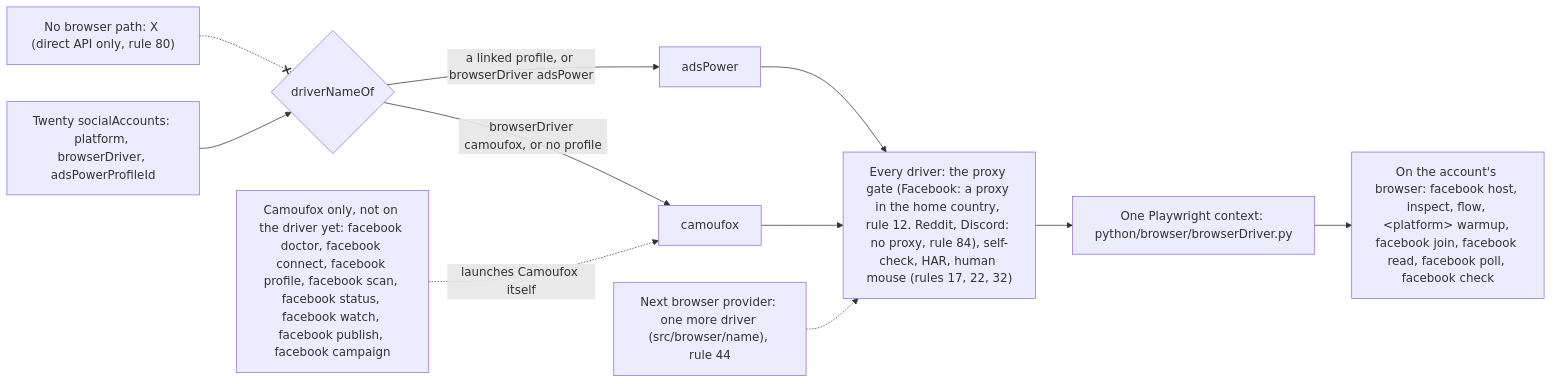
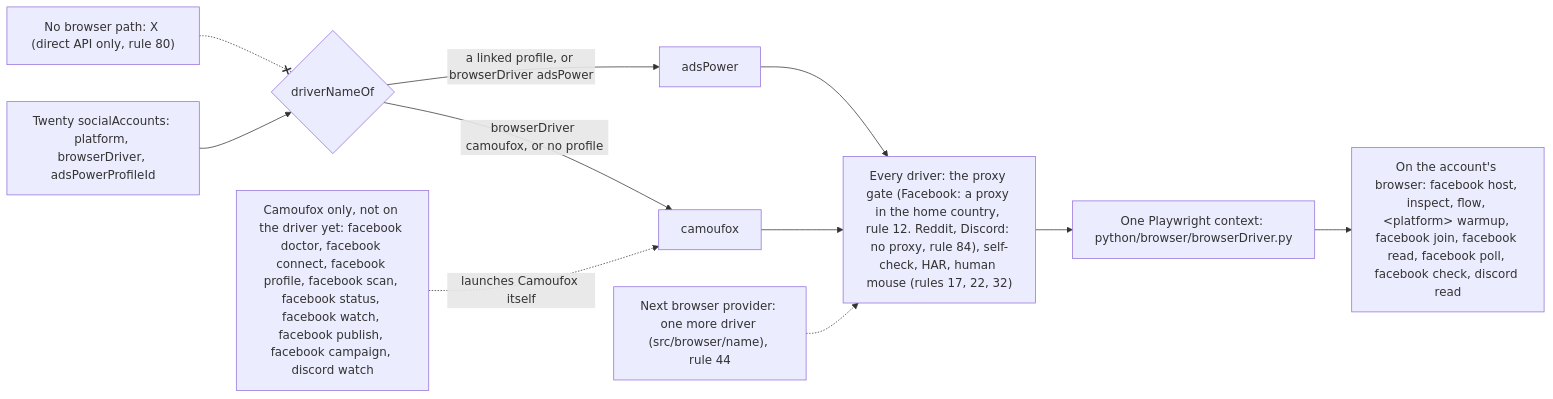
One commit to matthewdonsemail-lab/log changed the diagram in docs/diagrams/browsers.mmd. Above: the diagram before and after it, drawn with Mermaid. The commit also changed 19 other files, not shown here.

Commit message:
feat(discord): read and watch on endcord, and new Discord messages pushed to the inbox hook

```diff
--- a/docs/diagrams/browsers.mmd
+++ b/docs/diagrams/browsers.mmd
@@ -1,19 +1,19 @@
 %% The browser layer. log-cli is browser-agnostic: each account's browser is a driver picked from Twenty, AdsPower first, and every driver opens through the same gates. Whether the gate needs a proxy is the platform's (`PLATFORM_SITES`). From `BROWSER_DRIVERS` (`src/browser/driver`) and `commandBrowser` (`src/browser/run`).
 %% Written by `bun run docs:build` from the code (rule 56). Not edited by hand.
 flowchart LR
   twenty["Twenty socialAccounts: platform, browserDriver, adsPowerProfileId"]
   pick{"driverNameOf"}
   gates["Every driver: the proxy gate (Facebook: a proxy in the home country, rule 12. Reddit, Discord: no proxy, rule 84), self-check, HAR, human mouse (rules 17, 22, 32)"]
   session["One Playwright context: python/browser/browserDriver.py"]
   twenty --> pick
   pick -->|"browserDriver camoufox, or no profile"| d_camoufox["camoufox"]
   pick -->|"a linked profile, or browserDriver adsPower"| d_adsPower["adsPower"]
   d_camoufox --> gates
   d_adsPower --> gates
   more["Next browser provider: one more driver (src/browser/name), rule 44"] -.-> gates
   gates --> session
-  account["On the account's browser: facebook host, inspect, flow, #lt;platform#gt; warmup, facebook join, facebook read, facebook poll, facebook check"]
-  camoufox["Camoufox only, not on the driver yet: facebook doctor, facebook connect, facebook profile, facebook scan, facebook status, facebook watch, facebook publish, facebook campaign"]
+  account["On the account's browser: facebook host, inspect, flow, #lt;platform#gt; warmup, facebook join, facebook read, facebook poll, facebook check, discord read"]
+  camoufox["Camoufox only, not on the driver yet: facebook doctor, facebook connect, facebook profile, facebook scan, facebook status, facebook watch, facebook publish, facebook campaign, discord watch"]
   session --> account
   camoufox -.->|"launches Camoufox itself"| d_camoufox
   nobrowser["No browser path: X (direct API only, rule 80)"] -.-x pick
```
